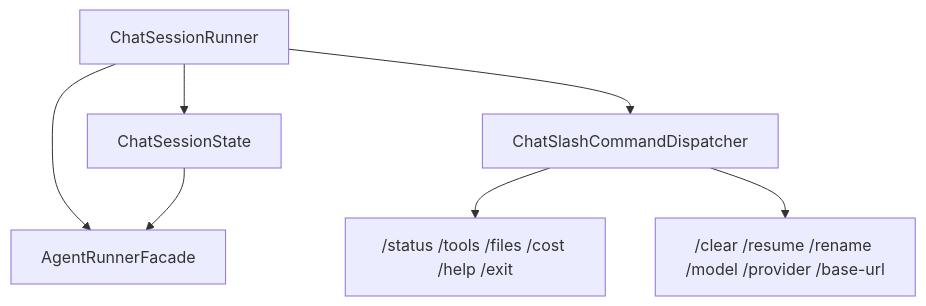
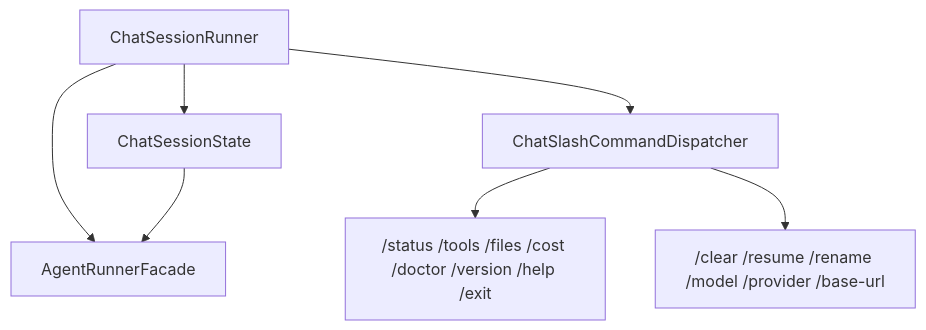
Before and after one commit to MarcelLeon/claw-code-java: the second of 3 diagrams in docs/architecture.md, drawn with Mermaid. The commit also changed other lines of this file and 10 other files, not shown here.

Commit message:
feat: add doctor and version chat commands

````diff
--- a/docs/architecture.md
+++ b/docs/architecture.md
@@ -91,9 +95,9 @@
 ```mermaid
 flowchart TD
     A["ChatSessionRunner"] --> B["ChatSessionState"]
     A --> C["ChatSlashCommandDispatcher"]
-    C --> D["/status /tools /files /cost /help /exit"]
+    C --> D["/status /tools /files /cost /doctor /version /help /exit"]
     C --> E["/clear /resume /rename /model /provider /base-url"]
     A --> F["AgentRunnerFacade"]
     B --> F
 ```
````
